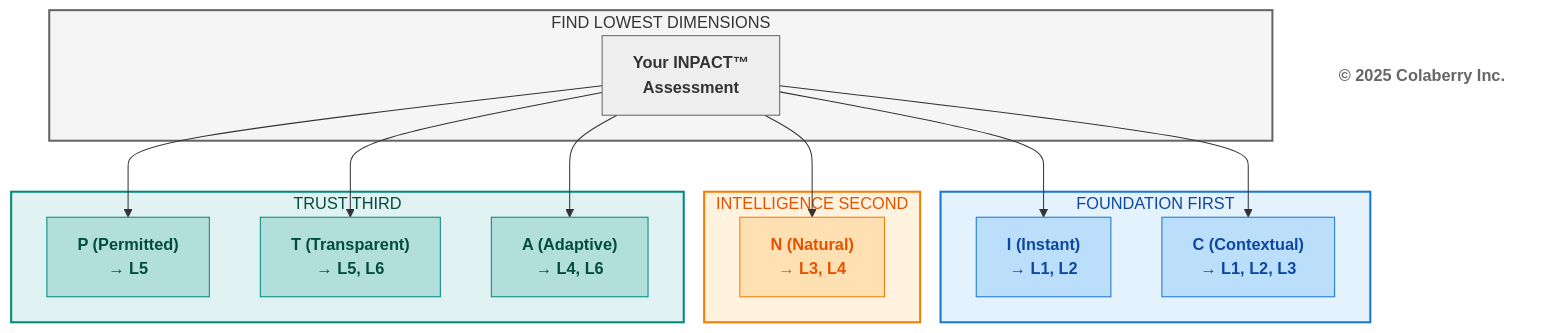
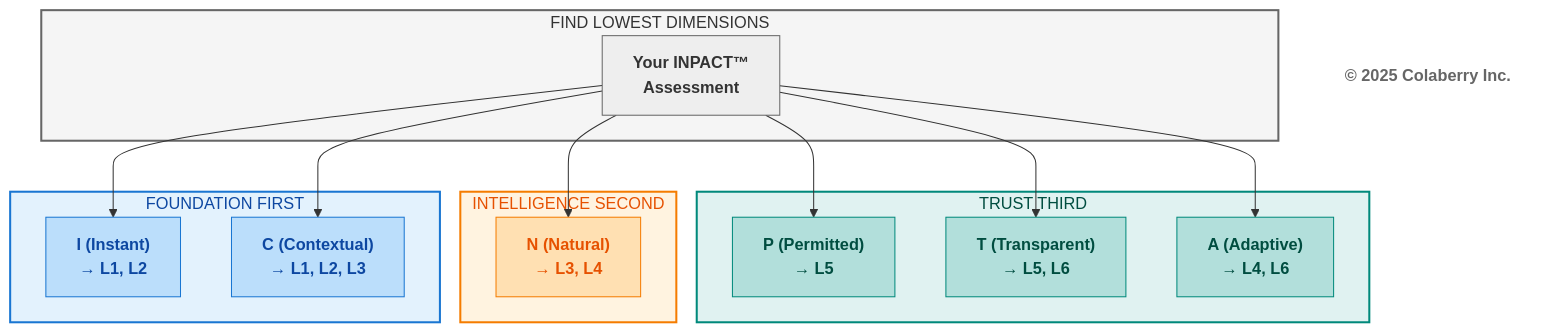
Before and after one commit to colaberry/trust-before-intelligence-book: the sixth of 6 diagrams in manuscript/10_chapter_9_measuring_agent_readiness.md, drawn with Mermaid. The commit also changed other lines of this file and 1 other file, not shown here.

Commit message:
clearning up diagrams
clearning up diagrams

````diff
--- a/manuscript/10_chapter_9_measuring_agent_readiness.md
+++ b/manuscript/10_chapter_9_measuring_agent_readiness.md
@@ -1250,43 +1254,45 @@
 ```mermaid
+
 graph TD
     subgraph ASSESS["FIND LOWEST DIMENSIONS"]
         A["<b>Your INPACT™<br/>Assessment</b>"]
     end
-    
-    subgraph FOUND["FOUNDATION FIRST"]
-        F1["<b>I (Instant)</b><br/><b>→ L1, L2</b>"]
-        F2["<b>C (Contextual)</b><br/><b>→ L1, L2, L3</b>"]
-    end
-    
-    subgraph INTEL["INTELLIGENCE SECOND"]
-        I1["<b>N (Natural)</b><br/><b>→ L3, L4</b>"]
-    end
-    
+
     subgraph TRUST["TRUST THIRD"]
         T1["<b>P (Permitted)</b><br/><b>→ L5</b>"]
         T2["<b>T (Transparent)</b><br/><b>→ L5, L6</b>"]
         T3["<b>A (Adaptive)</b><br/><b>→ L4, L6</b>"]
     end
-    
+
+    subgraph INTEL["INTELLIGENCE SECOND"]
+        I1["<b>N (Natural)</b><br/><b>→ L3, L4</b>"]
+    end
+
+    subgraph FOUND["FOUNDATION FIRST"]
+        F1["<b>I (Instant)</b><br/><b>→ L1, L2</b>"]
+        F2["<b>C (Contextual)</b><br/><b>→ L1, L2, L3</b>"]
+    end
+
     A --> F1
     A --> F2
     A --> I1
     A --> T1
     A --> T2
     A --> T3
-    
+
     Copyright["<b>© 2025 Colaberry Inc.</b>"]
-    
+
     style ASSESS fill:#f5f5f5,stroke:#666666,stroke-width:2px,color:#333333
     style FOUND fill:#e3f2fd,stroke:#1976d2,stroke-width:2px,color:#0d47a1
     style INTEL fill:#fff3e0,stroke:#f57c00,stroke-width:2px,color:#e65100
     style TRUST fill:#e0f2f1,stroke:#00897b,stroke-width:2px,color:#004d40
     style A fill:#eeeeee,stroke:#666666,color:#333333
     style F1 fill:#bbdefb,stroke:#1976d2,color:#0d47a1
     style F2 fill:#bbdefb,stroke:#1976d2,color:#0d47a1
     style I1 fill:#ffe0b2,stroke:#f57c00,color:#e65100
     style T1 fill:#b2dfdb,stroke:#00897b,color:#004d40
     style T2 fill:#b2dfdb,stroke:#00897b,color:#004d40
     style T3 fill:#b2dfdb,stroke:#00897b,color:#004d40
     style Copyright fill:#ffffff,stroke:none,color:#666666
+
 ```
````
